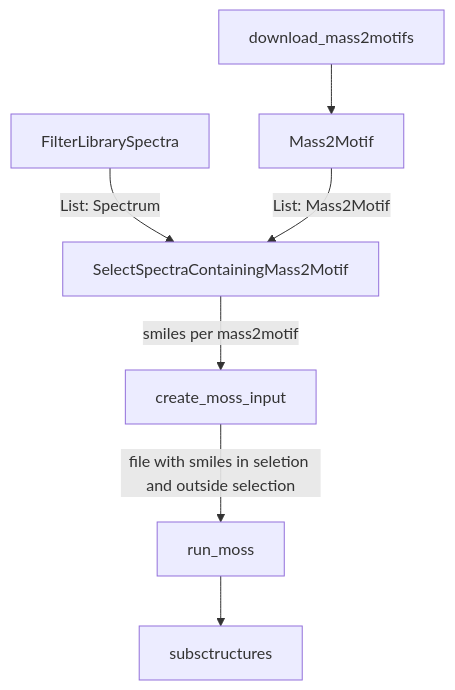
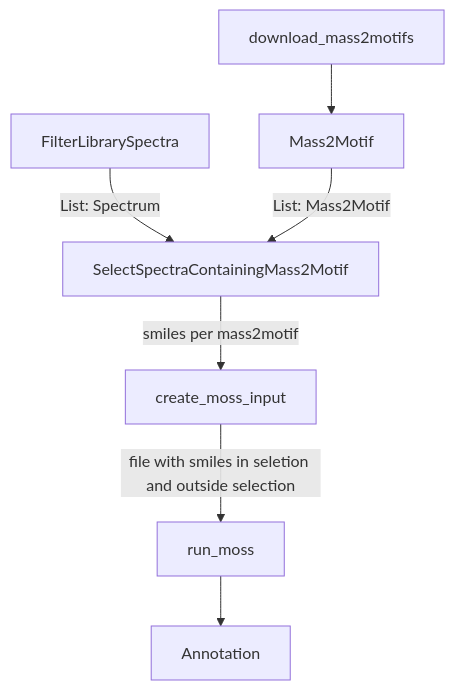
Before and after one commit to niekdejonge/MS2LDA_Reloaded: the diagram in README.md, drawn with Mermaid.

Commit message:
Small readme update

````diff
--- a/README.md
+++ b/README.md
@@ -3,9 +3,9 @@
 ```mermaid
 flowchart TD
     FilterLibrarySpectra --> |List: Spectrum| SelectSpectraContainingMass2Motif
     download_mass2motifs --> Mass2Motif
     Mass2Motif --> |List: Mass2Motif| SelectSpectraContainingMass2Motif
     SelectSpectraContainingMass2Motif --> |smiles per mass2motif| create_moss_input
     create_moss_input --> |file with smiles in seletion and outside selection| run_moss
-    run_moss --> subsctructures
+    run_moss --> Annotation
 ```
````
